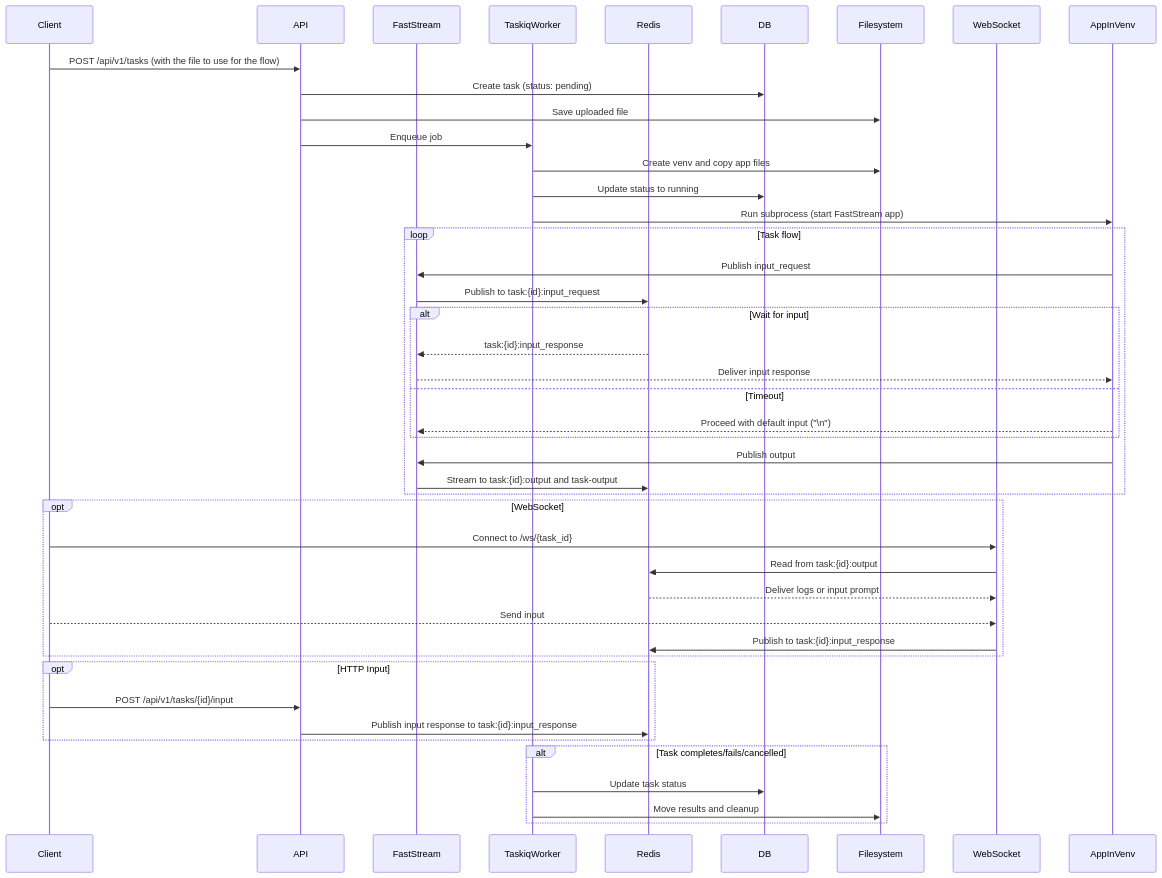
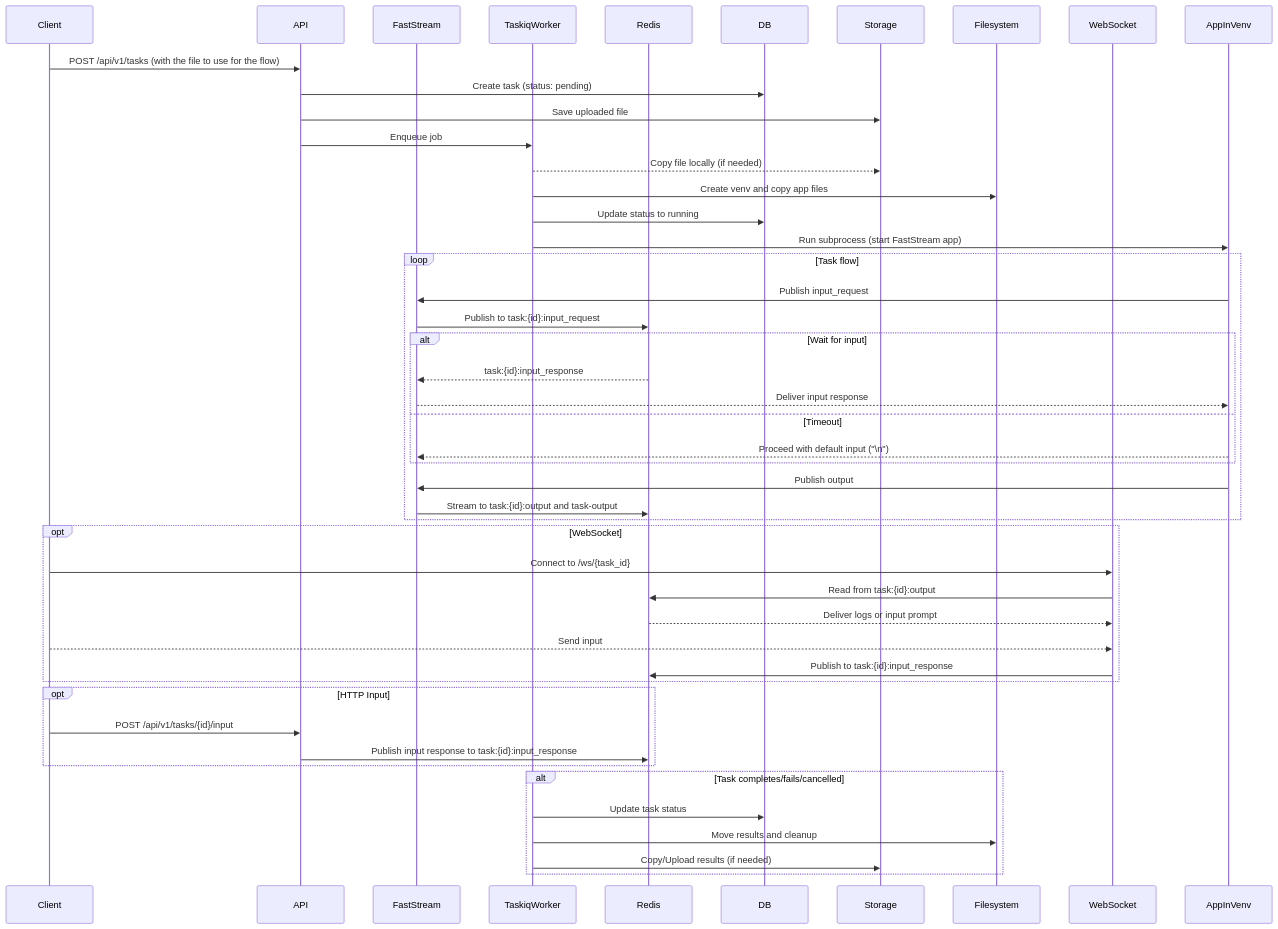
One commit to waldiez/runner changed the diagram in README.md. Above: the diagram before and after it, drawn with Mermaid. The commit also changed other lines of this file and 8 other files, not shown here.

````diff
--- a/README.md
+++ b/README.md
@@ -18,54 +20,57 @@
 ```mermaid
 sequenceDiagram
     participant Client
     participant API
     participant FastStream
     participant TaskiqWorker
     participant Redis
     participant DB
+    participant Storage
     participant Filesystem
     participant WebSocket
     participant AppInVenv
 
     Client->>API: POST /api/v1/tasks (with the file to use for the flow)
     API->>DB: Create task (status: pending)
-    API->>Filesystem: Save uploaded file
+    API->>Storage: Save uploaded file
     API->>TaskiqWorker: Enqueue job
 
+    TaskiqWorker-->> Storage: Copy file locally (if needed)
     TaskiqWorker->>Filesystem: Create venv and copy app files
     TaskiqWorker->>DB: Update status to running
     TaskiqWorker->>AppInVenv: Run subprocess (start FastStream app)
 
     loop Task flow
         AppInVenv->>FastStream: Publish input_request
         FastStream->>Redis: Publish to task:{id}:input_request
 
         alt Wait for input
             Redis-->>FastStream: task:{id}:input_response
             FastStream-->>AppInVenv: Deliver input response
         else Timeout
             AppInVenv-->>FastStream: Proceed with default input ("\n")
         end
 
         AppInVenv->>FastStream: Publish output
         FastStream->>Redis: Stream to task:{id}:output and task-output
     end
 
     opt WebSocket
         Client->>WebSocket: Connect to /ws/{task_id}
         WebSocket->>Redis: Read from task:{id}:output
         Redis-->>WebSocket: Deliver logs or input prompt
         Client-->>WebSocket: Send input
         WebSocket->>Redis: Publish to task:{id}:input_response
     end
 
     opt HTTP Input
         Client->>API: POST /api/v1/tasks/{id}/input
         API->>Redis: Publish input response to task:{id}:input_response
     end
 
     alt Task completes/fails/cancelled
         TaskiqWorker->>DB: Update task status
         TaskiqWorker->>Filesystem: Move results and cleanup
+        TaskiqWorker->>Storage: Copy/Upload results (if needed)
     end
 ```
````
